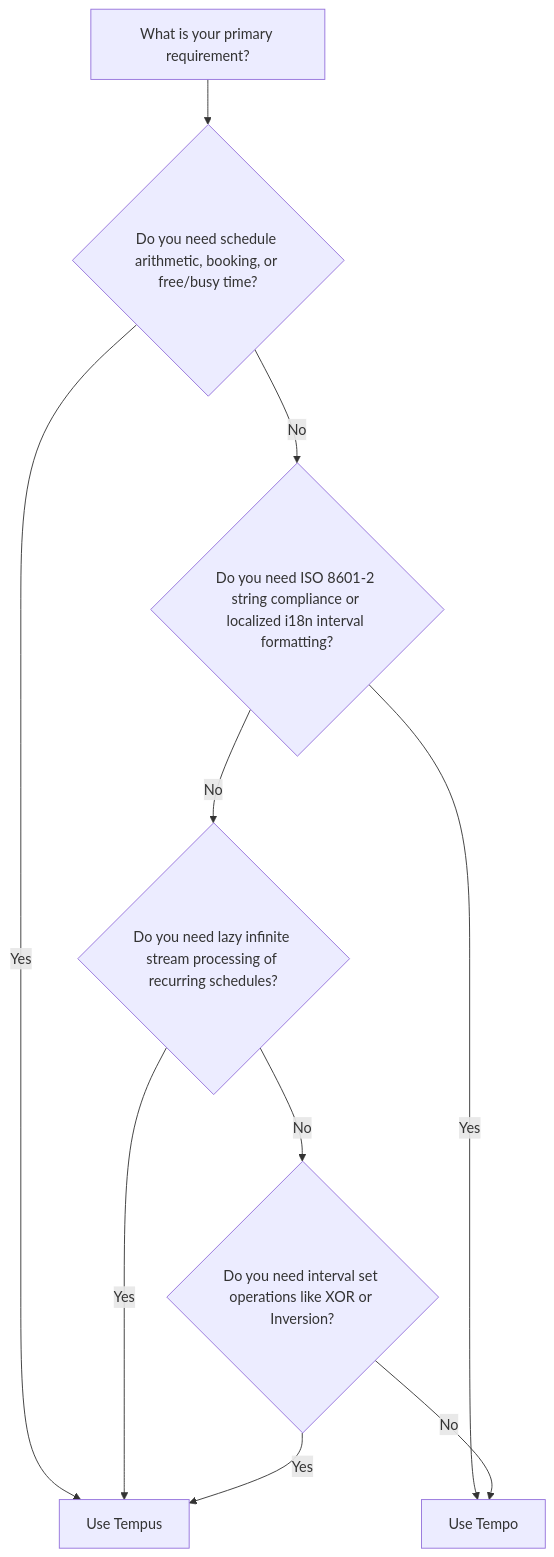
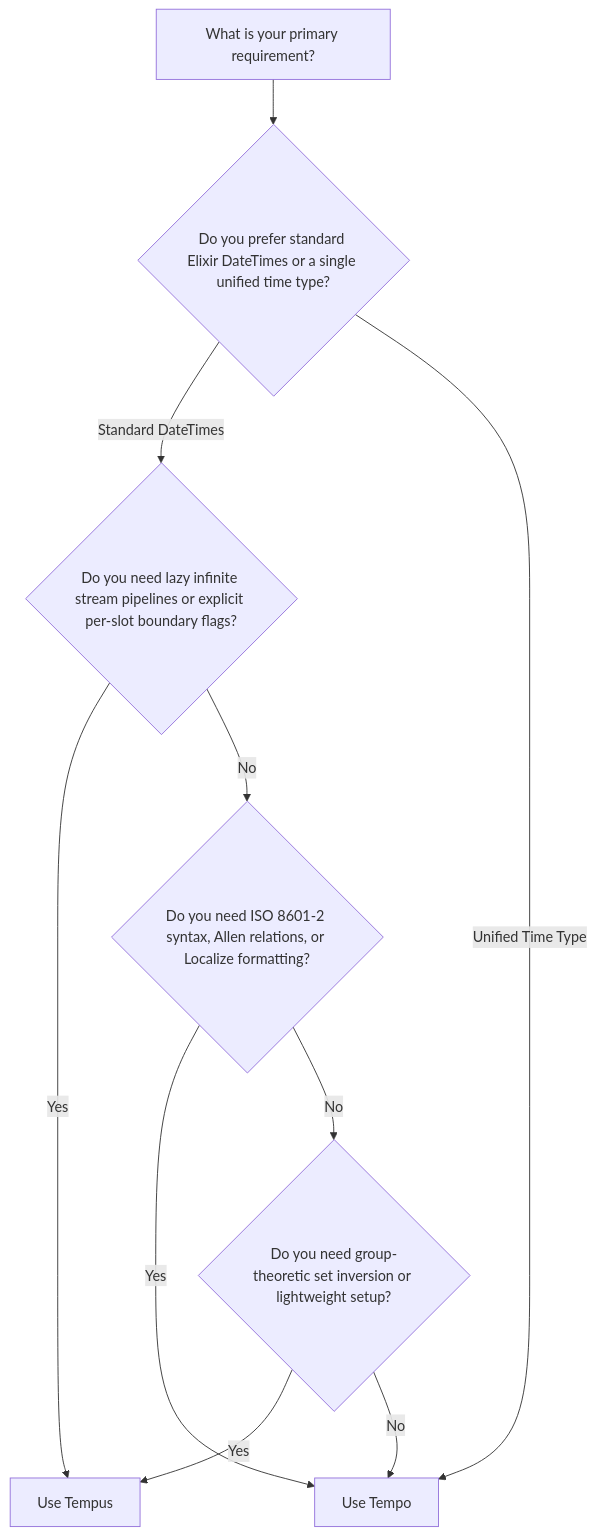
The diagram in stuff/tempus_vs_tempo.md (am-kantox/tempus), drawn with Mermaid before and after one commit. The commit also changed other lines of this file, not shown here.

Commit message:
:books: amended as per Kip’s comments

````diff
--- a/stuff/tempus_vs_tempo.md
+++ b/stuff/tempus_vs_tempo.md
@@ -119,12 +112,12 @@
 ```mermaid
 graph TD
-    A[What is your primary requirement?] --> B{Do you need schedule arithmetic, booking, or free/busy time?}
-    B -- Yes --> C[Use Tempus]
-    B -- No --> D{Do you need ISO 8601-2 string compliance or localized i18n interval formatting?}
-    D -- Yes --> E[Use Tempo]
-    D -- No --> F{Do you need lazy infinite stream processing of recurring schedules?}
-    F -- Yes --> C
-    F -- No --> G{Do you need interval set operations like XOR or Inversion?}
-    G -- Yes --> C
-    G -- No --> E
+    A[What is your primary requirement?] --> B{Do you prefer standard Elixir DateTimes or a single unified time type?}
+    B -- Standard DateTimes --> C{Do you need lazy infinite stream pipelines or explicit per-slot boundary flags?}
+    B -- Unified Time Type --> D[Use Tempo]
+    C -- Yes --> E[Use Tempus]
+    C -- No --> F{Do you need ISO 8601-2 syntax, Allen relations, or Localize formatting?}
+    F -- Yes --> D
+    F -- No --> G{Do you need group-theoretic set inversion or lightweight setup?}
+    G -- Yes --> E
+    G -- No --> D
 ```
````
